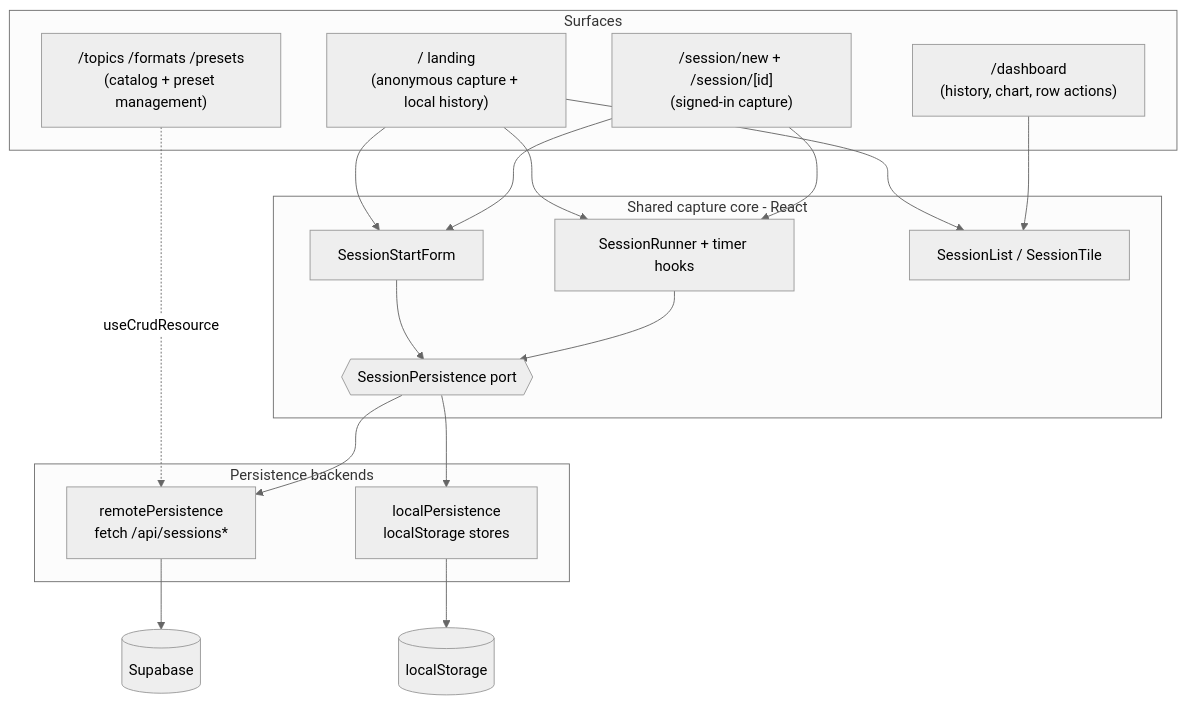
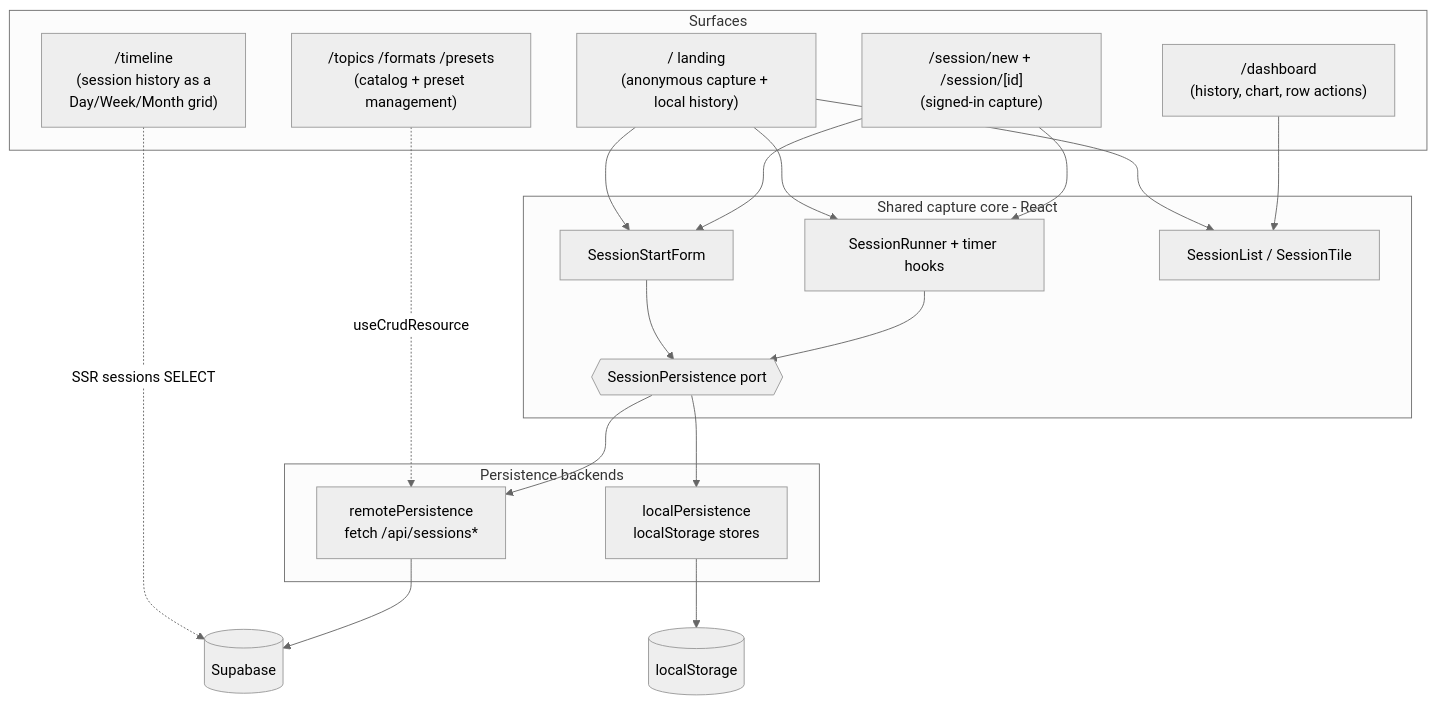
The second of 11 diagrams in context/foundation/arch.md (plpabla/pomosapiens), drawn with Mermaid (neutral theme) before and after one commit. The commit also changed other lines of this file and 5 other files, not shown here.

````diff
--- a/context/foundation/arch.md
+++ b/context/foundation/arch.md
@@ -74,33 +74,35 @@
 ```mermaid
 flowchart TB
     subgraph surfaces[Surfaces]
         LAND["/ landing<br/>(anonymous capture + local history)"]
         CAP["/session/new + /session/[id]<br/>(signed-in capture)"]
         DASH["/dashboard<br/>(history, chart, row actions)"]
         MGMT["/topics /formats /presets<br/>(catalog + preset management)"]
+        TL["/timeline<br/>(session history as a<br/>Day/Week/Month grid)"]
     end
 
     subgraph core[Shared capture core - React]
         FORM[SessionStartForm]
         RUN[SessionRunner + timer hooks]
         LIST[SessionList / SessionTile]
         PORT{{SessionPersistence port}}
     end
 
     subgraph backends[Persistence backends]
         REMOTE[remotePersistence<br/>fetch /api/sessions*]
         LOCAL[localPersistence<br/>localStorage stores]
     end
 
     LAND --> FORM & RUN & LIST
     CAP --> FORM & RUN
     DASH --> LIST
     MGMT -.-> |useCrudResource| REMOTE
+    TL -.-> |SSR sessions SELECT| DB
 
     FORM --> PORT
     RUN --> PORT
     PORT --> REMOTE
     PORT --> LOCAL
     REMOTE --> DB[(Supabase)]
     LOCAL --> LSTORE[(localStorage)]
 ```
````
